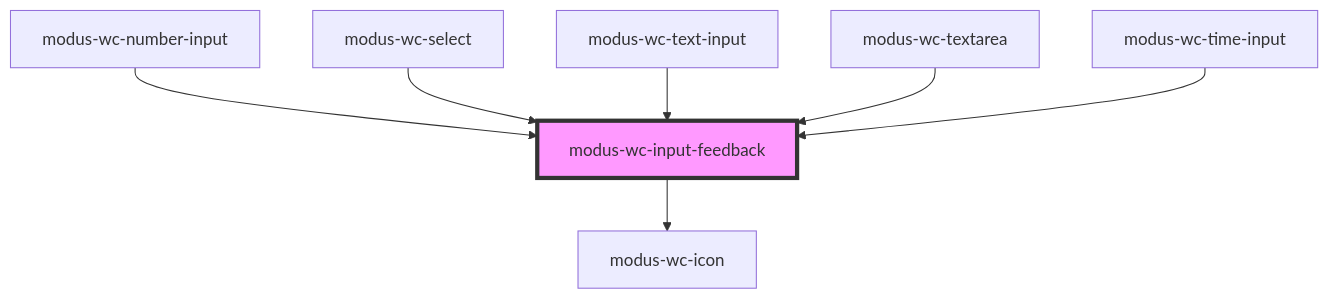
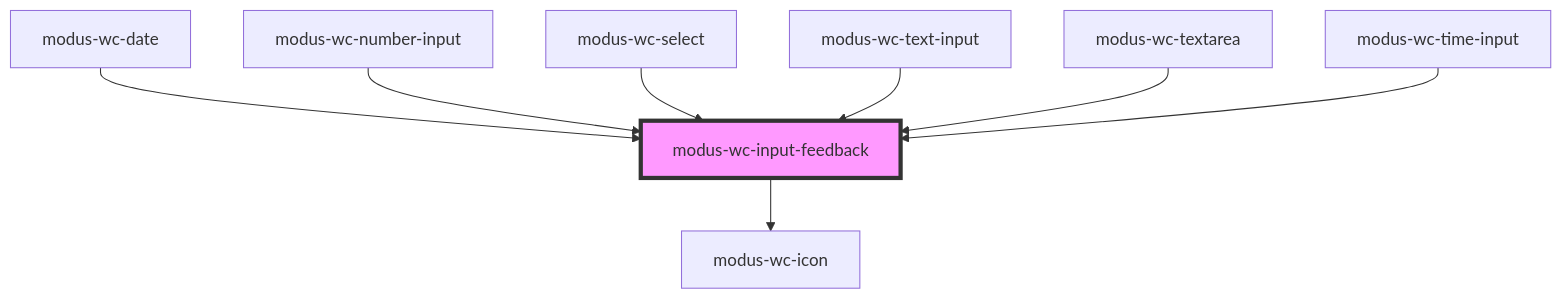
One commit to trimble-oss/modus-wc-2.0 changed the diagram in src/components/modus-wc-input-feedback/readme.md. Above: the diagram before and after it, drawn with Mermaid. The commit also changed other lines of this file and 10 other files, not shown here.

````diff
--- a/src/components/modus-wc-input-feedback/readme.md
+++ b/src/components/modus-wc-input-feedback/readme.md
@@ -40,10 +41,11 @@
 ```mermaid
 graph TD;
   modus-wc-input-feedback --> modus-wc-icon
+  modus-wc-date --> modus-wc-input-feedback
   modus-wc-number-input --> modus-wc-input-feedback
   modus-wc-select --> modus-wc-input-feedback
   modus-wc-text-input --> modus-wc-input-feedback
   modus-wc-textarea --> modus-wc-input-feedback
   modus-wc-time-input --> modus-wc-input-feedback
   style modus-wc-input-feedback fill:#f9f,stroke:#333,stroke-width:4px
 ```
````
